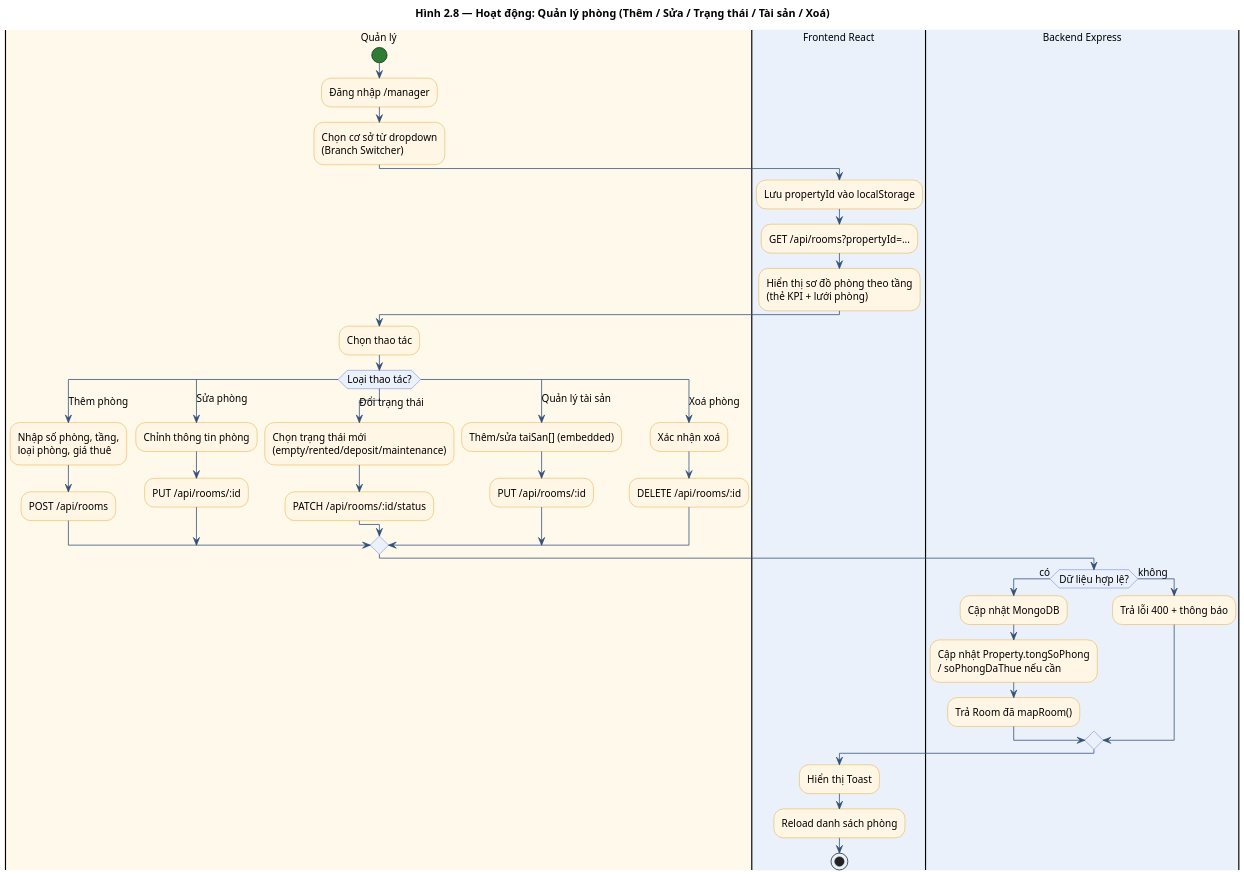
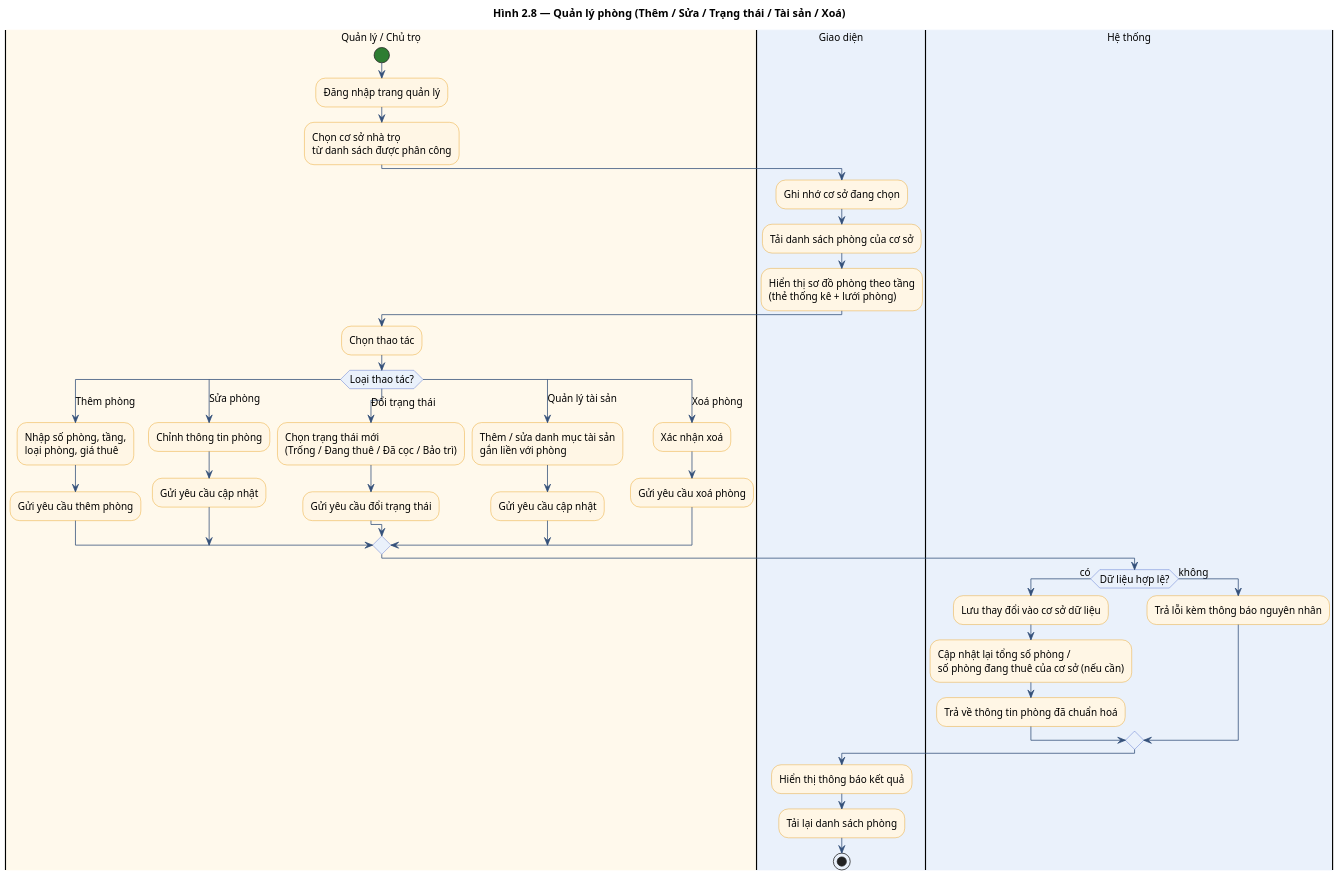
Before and after one commit to DiepTuHuy/Hostel_Management: the diagram in docs/diagrams/2.08_act_room.puml, drawn with PlantUML. The commit also changed 92 other files, not shown here.

Commit message:
Đồng bộ 19 sơ đồ UML khớp 100% với hệ thống và bổ sung báo cáo LaTeX (PTTKHT) vào repository

```diff
--- a/docs/diagrams/2.08_act_room.puml
+++ b/docs/diagrams/2.08_act_room.puml
@@ -1,62 +1,62 @@
 @startuml Act_Room
-title Hình 2.8 — Hoạt động: Quản lý phòng (Thêm / Sửa / Trạng thái / Tài sản / Xoá)
+title Hình 2.8 — Quản lý phòng (Thêm / Sửa / Trạng thái / Tài sản / Xoá)
 
 skinparam dpi 150
 skinparam shadowing false
 skinparam defaultFontName "Segoe UI"
 skinparam defaultFontSize 13
 skinparam ArrowColor #34507A
 skinparam activity {
   BackgroundColor #FFF6E5
   BorderColor #E59300
   DiamondBackgroundColor #EAF1FB
   DiamondBorderColor #3A5BC7
   StartColor #2E7D32
   EndColor #AD1457
 }
 
-|#FFF9EC|Quản lý|
+|#FFF9EC|Quản lý / Chủ trọ|
 start
-:Đăng nhập /manager;
-:Chọn cơ sở từ dropdown\n(Branch Switcher);
+:Đăng nhập trang quản lý;
+:Chọn cơ sở nhà trọ\ntừ danh sách được phân công;
 
-|#EAF1FB|Frontend React|
-:Lưu propertyId vào localStorage;
-:GET /api/rooms?propertyId=...;
-:Hiển thị sơ đồ phòng theo tầng\n(thẻ KPI + lưới phòng);
+|#EAF1FB|Giao diện|
+:Ghi nhớ cơ sở đang chọn;
+:Tải danh sách phòng của cơ sở;
+:Hiển thị sơ đồ phòng theo tầng\n(thẻ thống kê + lưới phòng);
 
-|Quản lý|
+|Quản lý / Chủ trọ|
 :Chọn thao tác;
 switch (Loại thao tác?)
 case (Thêm phòng)
   :Nhập số phòng, tầng,\nloại phòng, giá thuê;
-  :POST /api/rooms;
+  :Gửi yêu cầu thêm phòng;
 case (Sửa phòng)
   :Chỉnh thông tin phòng;
-  :PUT /api/rooms/:id;
+  :Gửi yêu cầu cập nhật;
 case (Đổi trạng thái)
-  :Chọn trạng thái mới\n(empty/rented/deposit/maintenance);
-  :PATCH /api/rooms/:id/status;
+  :Chọn trạng thái mới\n(Trống / Đang thuê / Đã cọc / Bảo trì);
+  :Gửi yêu cầu đổi trạng thái;
 case (Quản lý tài sản)
-  :Thêm/sửa taiSan[] (embedded);
-  :PUT /api/rooms/:id;
+  :Thêm / sửa danh mục tài sản\ngắn liền với phòng;
+  :Gửi yêu cầu cập nhật;
 case (Xoá phòng)
   :Xác nhận xoá;
-  :DELETE /api/rooms/:id;
+  :Gửi yêu cầu xoá phòng;
 endswitch
 
-|#EAF1FB|Backend Express|
+|#EAF1FB|Hệ thống|
 if (Dữ liệu hợp lệ?) then (có)
-  :Cập nhật MongoDB;
-  :Cập nhật Property.tongSoPhong\n/ soPhongDaThue nếu cần;
-  :Trả Room đã mapRoom();
+  :Lưu thay đổi vào cơ sở dữ liệu;
+  :Cập nhật lại tổng số phòng /\nsố phòng đang thuê của cơ sở (nếu cần);
+  :Trả về thông tin phòng đã chuẩn hoá;
 else (không)
-  :Trả lỗi 400 + thông báo;
+  :Trả lỗi kèm thông báo nguyên nhân;
 endif
 
-|Frontend React|
-:Hiển thị Toast;
-:Reload danh sách phòng;
+|Giao diện|
+:Hiển thị thông báo kết quả;
+:Tải lại danh sách phòng;
 stop
 
 @enduml
```
